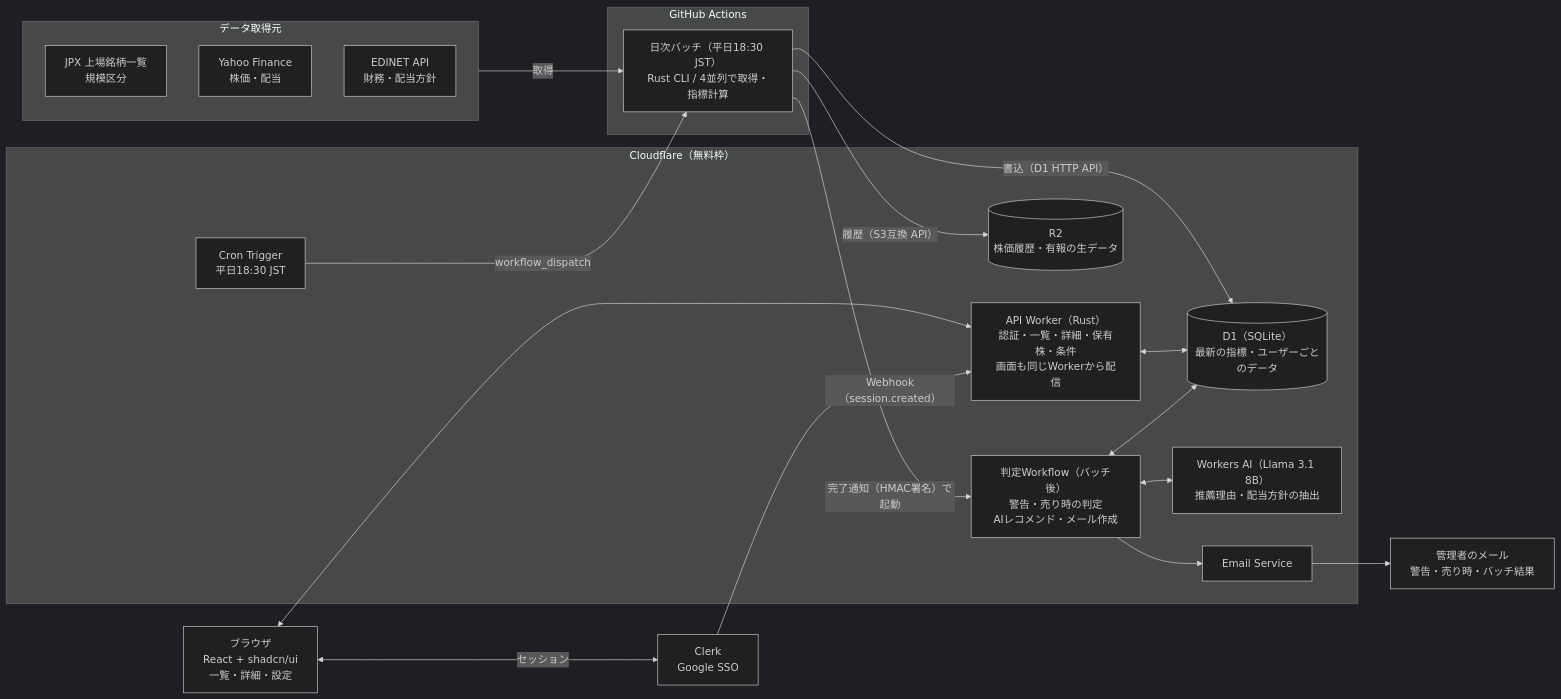
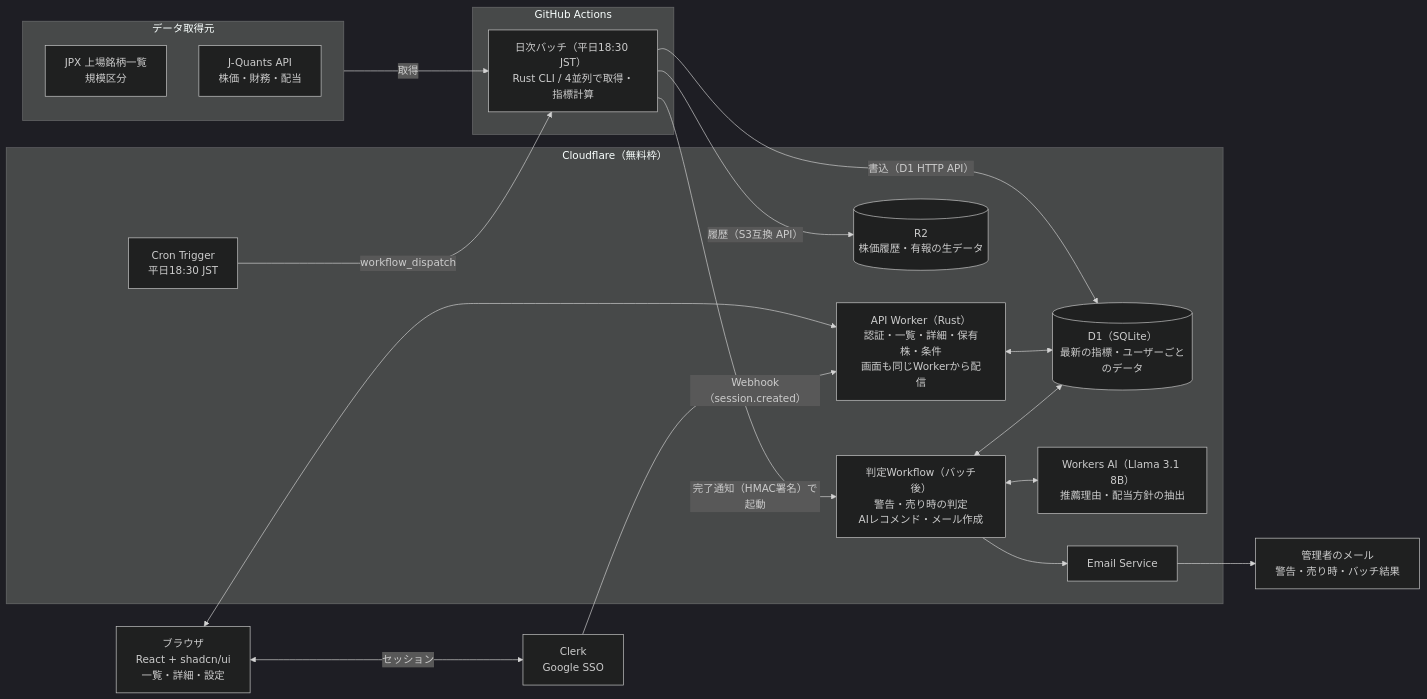
The diagram in docs/03_system_architecture.md (taaaaakahiro/stock-insight), drawn with Mermaid (dark theme) before and after one commit. The commit also changed other lines of this file and 8 other files, not shown here.

````diff
--- a/docs/03_system_architecture.md
+++ b/docs/03_system_architecture.md
@@ -17,39 +17,38 @@
 ```mermaid
 flowchart LR
   subgraph SRC[データ取得元]
     JPX[JPX 上場銘柄一覧<br/>規模区分]
-    YF[Yahoo Finance<br/>株価・配当]
-    ED[EDINET API<br/>財務・配当方針]
+    JQ[J-Quants API<br/>株価・財務・配当]
   end
 
   subgraph GH[GitHub Actions]
     BATCH[日次バッチ（平日18:30 JST）<br/>Rust CLI / 4並列で取得・指標計算]
   end
 
   subgraph CF[Cloudflare（無料枠）]
     CRON[Cron Trigger<br/>平日18:30 JST]
     API[API Worker（Rust）<br/>認証・一覧・詳細・保有株・条件<br/>画面も同じWorkerから配信]
     D1[(D1（SQLite）<br/>最新の指標・ユーザーごとのデータ)]
     R2[(R2<br/>株価履歴・有報の生データ)]
     WF[判定Workflow（バッチ後）<br/>警告・売り時の判定<br/>AIレコメンド・メール作成]
     AI[Workers AI（Llama 3.1 8B）<br/>推薦理由・配当方針の抽出]
     MAIL[Email Service]
   end
 
   CLERK[Clerk<br/>Google SSO]
   BR[ブラウザ<br/>React + shadcn/ui<br/>一覧・詳細・設定]
   ADMIN[管理者のメール<br/>警告・売り時・バッチ結果]
 
   CRON -- workflow_dispatch --> BATCH
   SRC -- 取得 --> BATCH
   BATCH -- 書込（D1 HTTP API） --> D1
   BATCH -- 履歴（S3互換 API） --> R2
   BATCH -- 完了通知（HMAC署名）で起動 --> WF
   API <--> D1
   WF <--> D1
   WF <--> AI
   WF --> MAIL --> ADMIN
   BR <--> API
   BR <-- セッション --> CLERK
   CLERK -- Webhook（session.created） --> API
 ```
````
